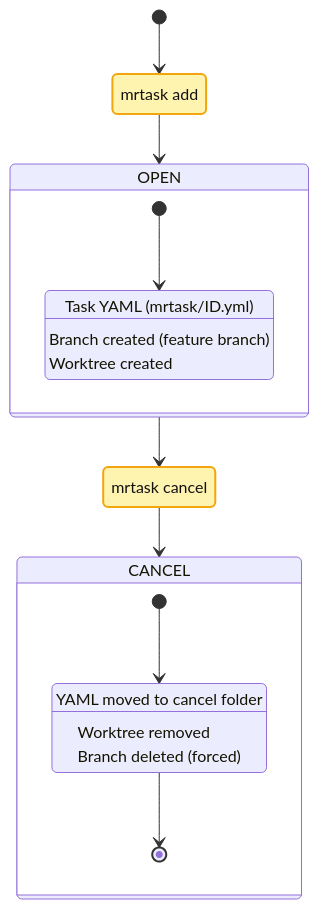
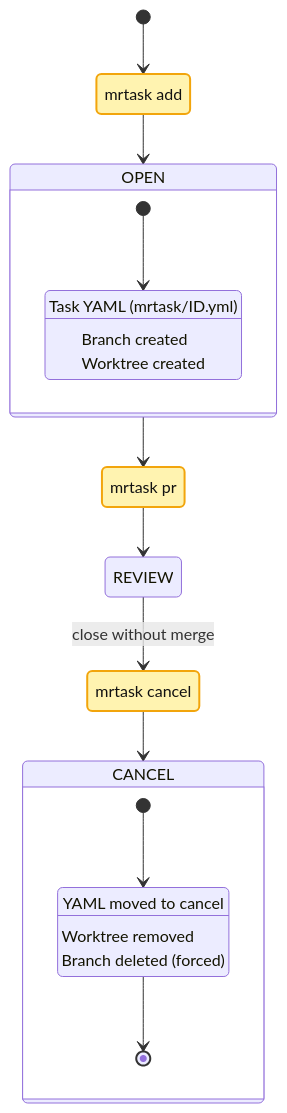
The fourth of 5 diagrams in README.md (kubohiroya/mrtask), drawn with Mermaid before and after one commit. The commit also changed other lines of this file and 30 other files, not shown here.

````diff
--- a/README.md
+++ b/README.md
@@ -400,27 +379,32 @@
 ```mermaid
 stateDiagram-v2
     classDef cmd fill:#FFF3B0,stroke:#F2A50C,stroke-width:2px,color:#111
 
     [*] --> CMD_ADD
     CMD_ADD: mrtask add
     class CMD_ADD cmd
     CMD_ADD --> OPEN
     state OPEN {
       [*] --> TaskOpen
       TaskOpen: Task YAML (mrtask/ID.yml)
-      TaskOpen: Branch created (feature branch)
+      TaskOpen: Branch created
       TaskOpen: Worktree created
     }
 
-    OPEN --> CMD_CANCEL
+    OPEN --> CMD_PR
+    CMD_PR: mrtask pr
+    class CMD_PR cmd
+    CMD_PR --> REVIEW
+    REVIEW --> CMD_CANCEL: close without merge
+
     CMD_CANCEL: mrtask cancel
     class CMD_CANCEL cmd
     CMD_CANCEL --> CANCEL
     state CANCEL {
       [*] --> Cleanup
-      Cleanup: YAML moved to cancel folder
+      Cleanup: YAML moved to cancel
       Cleanup: Worktree removed
       Cleanup: Branch deleted (forced)
       Cleanup --> [*]
     }
 ```
````
